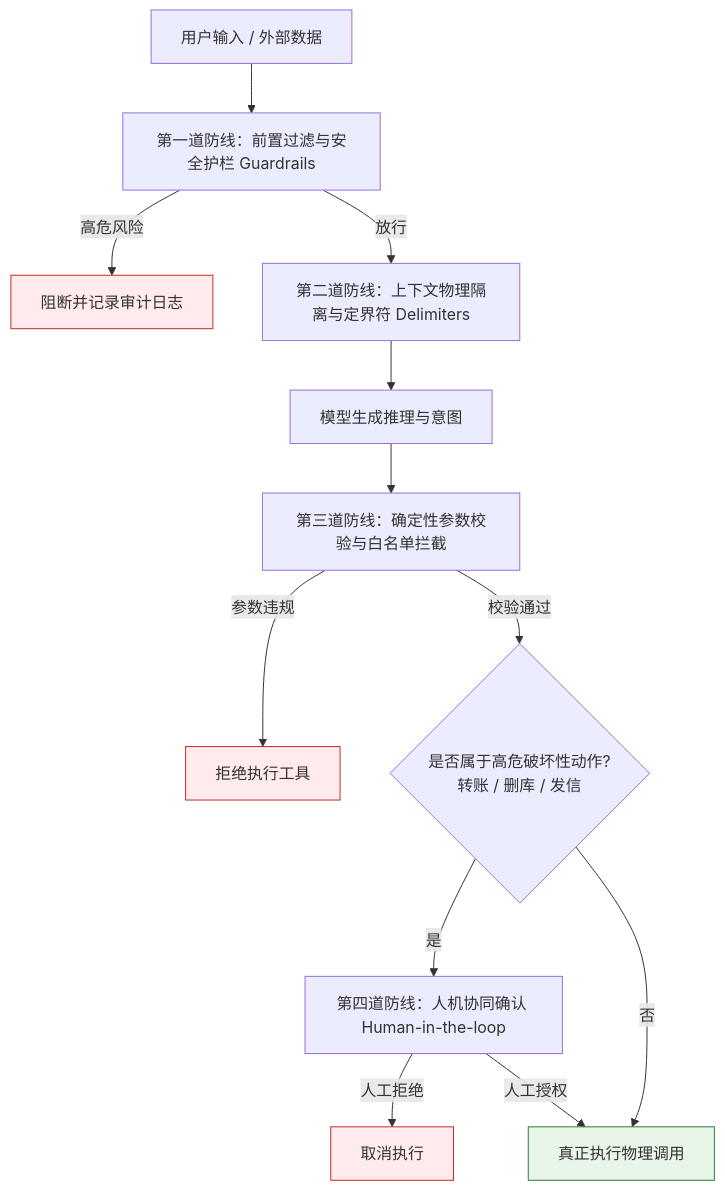
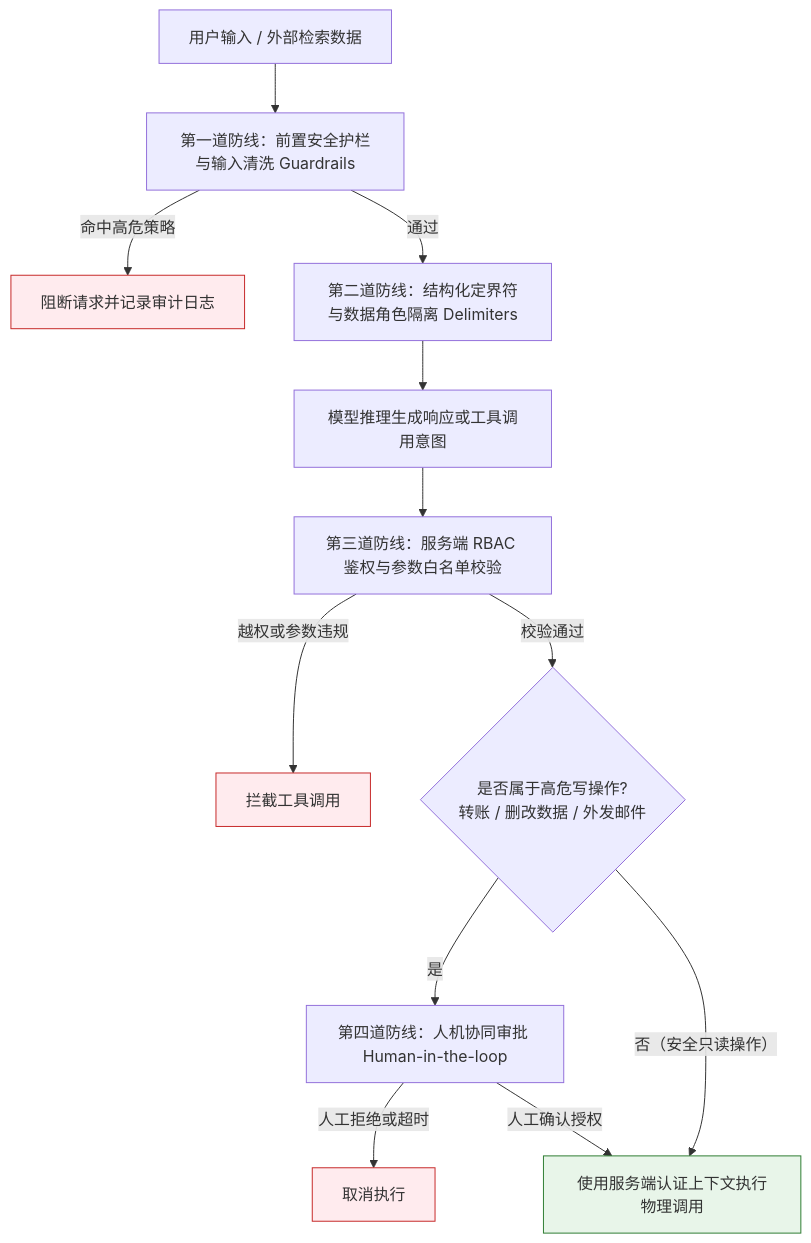
The third of 3 diagrams in 10-AI应用开发/01-LLM基础与Prompt/12-防御性提示与防注入.md (GuoWWWX/knowledge-base), drawn with Mermaid before and after one commit. The commit also changed other lines of this file and 251 other files, not shown here.

````diff
--- a/10-AI应用开发/01-LLM基础与Prompt/12-防御性提示与防注入.md
+++ b/10-AI应用开发/01-LLM基础与Prompt/12-防御性提示与防注入.md
@@ -111,19 +96,19 @@
 ```mermaid
 flowchart TD
-    A[用户输入 / 外部数据] --> B[第一道防线：前置过滤与安全护栏 Guardrails]
-    B -->|高危风险| Block1[阻断并记录审计日志]
-    B -->|放行| C[第二道防线：上下文物理隔离与定界符 Delimiters]
-    C --> D[模型生成推理与意图]
-    D --> E[第三道防线：确定性参数校验与白名单拦截]
-    E -->|参数违规| Block2[拒绝执行工具]
-    E -->|校验通过| F{是否属于高危破坏性动作?<br/>转账 / 删库 / 发信}
-    F -->|是| G[第四道防线：人机协同确认 Human-in-the-loop]
-    G -->|人工拒绝| Block3[取消执行]
-    G -->|人工授权| H[真正执行物理调用]
-    F -->|否| H
+    A[用户输入 / 外部检索数据] --> B[第一道防线：前置安全护栏与输入清洗 Guardrails]
+    B -->|命中高危策略| Block1[阻断请求并记录审计日志]
+    B -->|通过| C[第二道防线：结构化定界符与数据角色隔离 Delimiters]
+    C --> D[模型推理生成响应或工具调用意图]
+    D --> E[第三道防线：服务端 RBAC 鉴权与参数白名单校验]
+    E -->|越权或参数违规| Block2[拦截工具调用]
+    E -->|校验通过| F{是否属于高危写操作?<br/>转账 / 删改数据 / 外发邮件}
+    F -->|是| G[第四道防线：人机协同审批 Human-in-the-loop]
+    G -->|人工拒绝或超时| Block3[取消执行]
+    G -->|人工确认授权| H[使用服务端认证上下文执行物理调用]
+    F -->|否（安全只读操作）| H
 
     style Block1 fill:#ffebee,stroke:#c62828,stroke-width:1px
     style Block2 fill:#ffebee,stroke:#c62828,stroke-width:1px
     style Block3 fill:#ffebee,stroke:#c62828,stroke-width:1px
     style H fill:#e8f5e9,stroke:#2e7d32,stroke-width:1px
 ```
````
